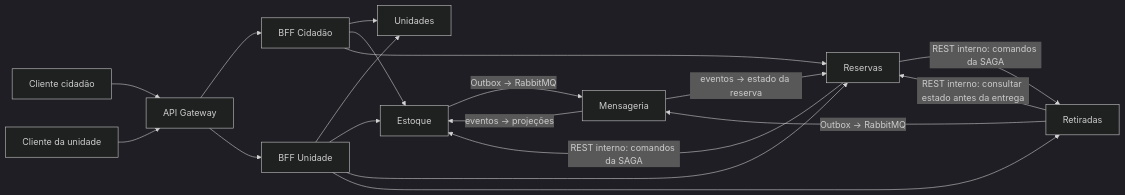
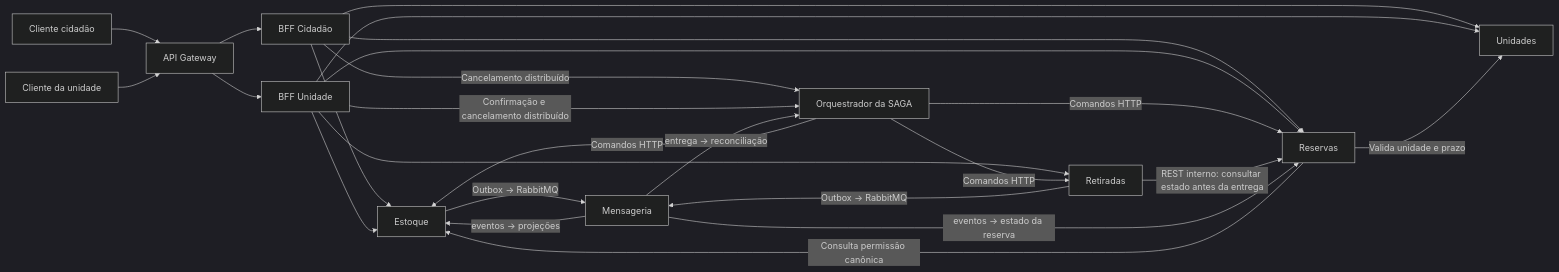
Before and after one commit to ArthurDp78/GlicoAcesso: the diagram in docs/parte-2/00-decisoes-compartilhadas.md, drawn with Mermaid (dark theme). The commit also changed other lines of this file, not shown here.

First line of the commit message:
docs(arquitetura): separar o orquestrador da SAGA

````diff
--- a/docs/parte-2/00-decisoes-compartilhadas.md
+++ b/docs/parte-2/00-decisoes-compartilhadas.md
@@ -100,21 +104,27 @@
 ```mermaid
 flowchart LR
     C["Cliente cidadão"] --> G["API Gateway"]
     U["Cliente da unidade"] --> G
     G --> BC["BFF Cidadão"]
     G --> BU["BFF Unidade"]
     BC --> UN["Unidades"]
     BC --> ES["Estoque"]
     BC --> RE["Reservas"]
     BU --> UN
     BU --> ES
     BU --> RE
     BU --> RT["Retiradas"]
-    RE -->|"REST interno: comandos da SAGA"| ES
-    RE -->|"REST interno: comandos da SAGA"| RT
+    BC -->|"Cancelamento distribuído"| O["Orquestrador da SAGA"]
+    BU -->|"Confirmação e cancelamento distribuído"| O
+    O -->|"Comandos HTTP"| RE
+    O -->|"Comandos HTTP"| ES
+    O -->|"Comandos HTTP"| RT
+    RE -->|"Valida unidade e prazo"| UN
+    RE -->|"Consulta permissão canônica"| ES
     RT -->|"REST interno: consultar estado antes da entrega"| RE
     ES -->|"Outbox → RabbitMQ"| MQ["Mensageria"]
     RT -->|"Outbox → RabbitMQ"| MQ
     MQ -->|"eventos → projeções"| ES
     MQ -->|"eventos → estado da reserva"| RE
+    MQ -->|"entrega → reconciliação"| O
 ```
````
